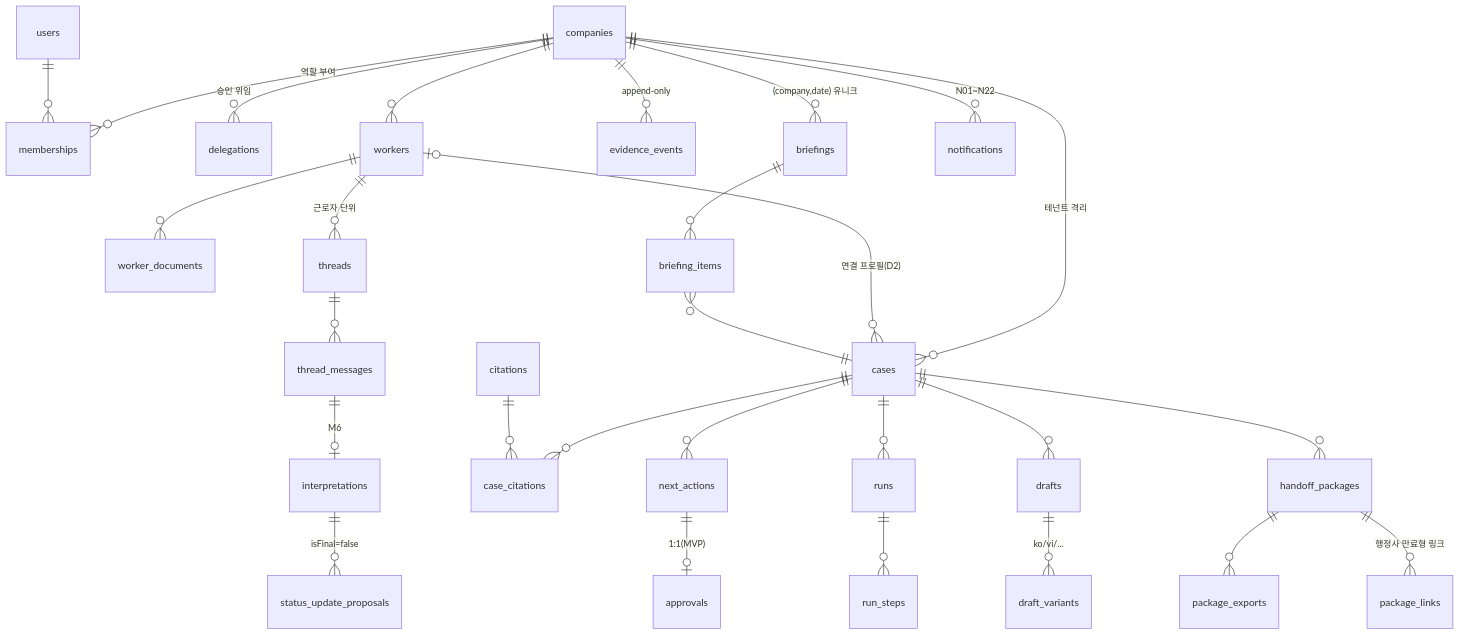
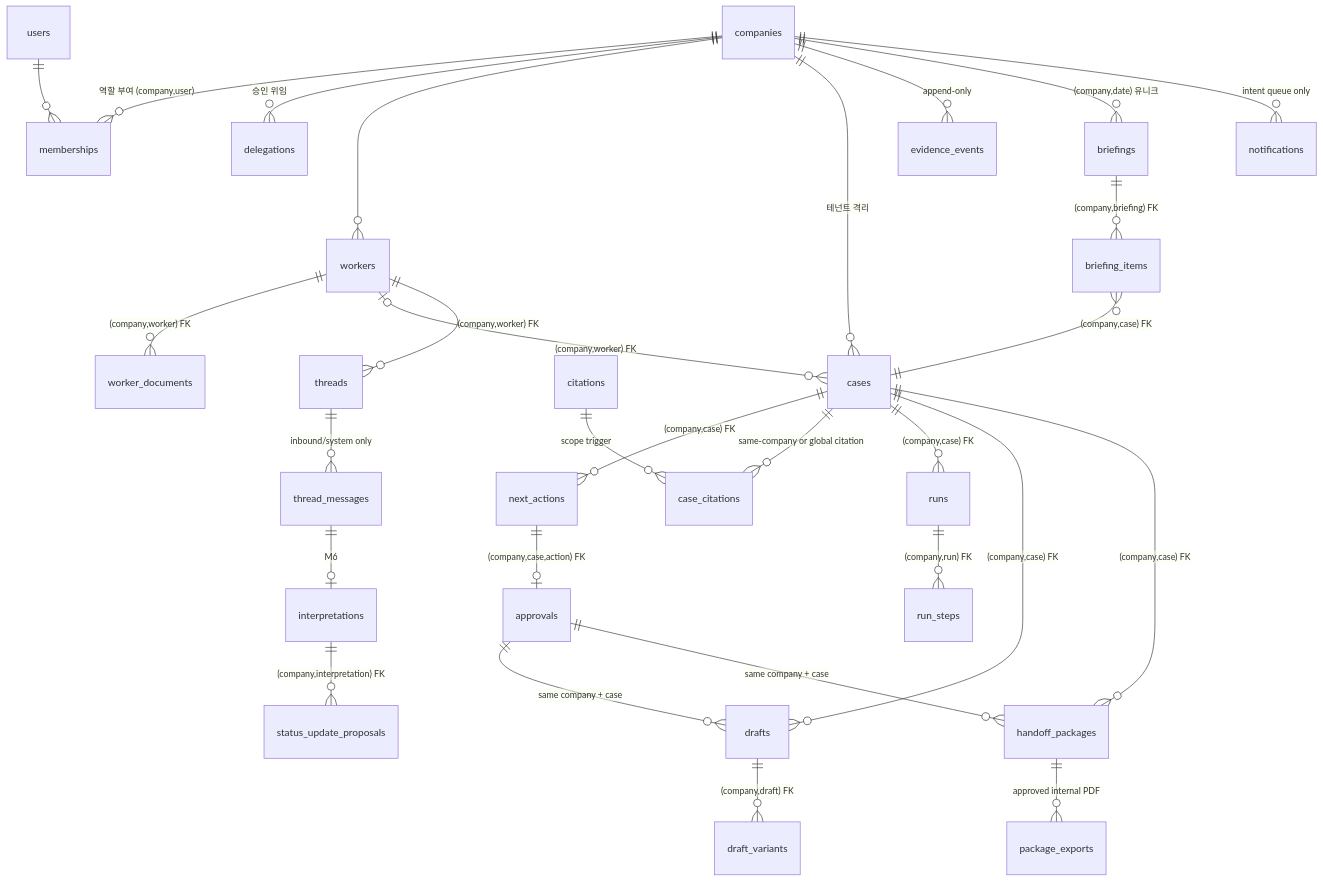
Before and after one commit to tayna99/oegobanjang: the diagram in docs/DB_SCHEMA.md, drawn with Mermaid. The commit also changed other lines of this file and 9 other files, not shown here.

````diff
--- a/docs/DB_SCHEMA.md
+++ b/docs/DB_SCHEMA.md
@@ -53,30 +66,31 @@
 ```mermaid
 erDiagram
-  companies ||--o{ memberships : "역할 부여"
+  companies ||--o{ memberships : "역할 부여 (company,user)"
   users ||--o{ memberships : ""
   companies ||--o{ delegations : "승인 위임"
   companies ||--o{ workers : ""
-  workers ||--o{ worker_documents : ""
+  workers ||--o{ worker_documents : "(company,worker) FK"
   companies ||--o{ cases : "테넌트 격리"
-  workers |o--o{ cases : "연결 프로필(D2)"
-  cases ||--o{ next_actions : ""
-  next_actions ||--o| approvals : "1:1(MVP)"
-  cases ||--o{ case_citations : ""
-  citations ||--o{ case_citations : ""
+  workers |o--o{ cases : "(company,worker) FK"
+  cases ||--o{ next_actions : "(company,case) FK"
+  next_actions ||--o| approvals : "(company,case,action) FK"
+  cases ||--o{ case_citations : "same-company or global citation"
+  citations ||--o{ case_citations : "scope trigger"
   companies ||--o{ evidence_events : "append-only"
-  cases ||--o{ runs : ""
-  runs ||--o{ run_steps : ""
-  cases ||--o{ drafts : ""
-  drafts ||--o{ draft_variants : "ko/vi/…"
-  workers ||--o{ threads : "근로자 단위"
-  threads ||--o{ thread_messages : ""
+  cases ||--o{ runs : "(company,case) FK"
+  runs ||--o{ run_steps : "(company,run) FK"
+  cases ||--o{ drafts : "(company,case) FK"
+  approvals ||--o{ drafts : "same company + case"
+  drafts ||--o{ draft_variants : "(company,draft) FK"
+  workers ||--o{ threads : "(company,worker) FK"
+  threads ||--o{ thread_messages : "inbound/system only"
   thread_messages ||--o| interpretations : "M6"
-  interpretations ||--o{ status_update_proposals : "isFinal=false"
-  cases ||--o{ handoff_packages : ""
-  handoff_packages ||--o{ package_exports : ""
-  handoff_packages ||--o{ package_links : "행정사 만료형 링크"
+  interpretations ||--o{ status_update_proposals : "(company,interpretation) FK"
+  cases ||--o{ handoff_packages : "(company,case) FK"
+  approvals ||--o{ handoff_packages : "same company + case"
+  handoff_packages ||--o{ package_exports : "approved internal PDF"
   companies ||--o{ briefings : "(company,date) 유니크"
-  briefings ||--o{ briefing_items : ""
-  briefing_items }o--|| cases : ""
-  companies ||--o{ notifications : "N01~N22"
+  briefings ||--o{ briefing_items : "(company,briefing) FK"
+  briefing_items }o--|| cases : "(company,case) FK"
+  companies ||--o{ notifications : "intent queue only"
 ```
````
